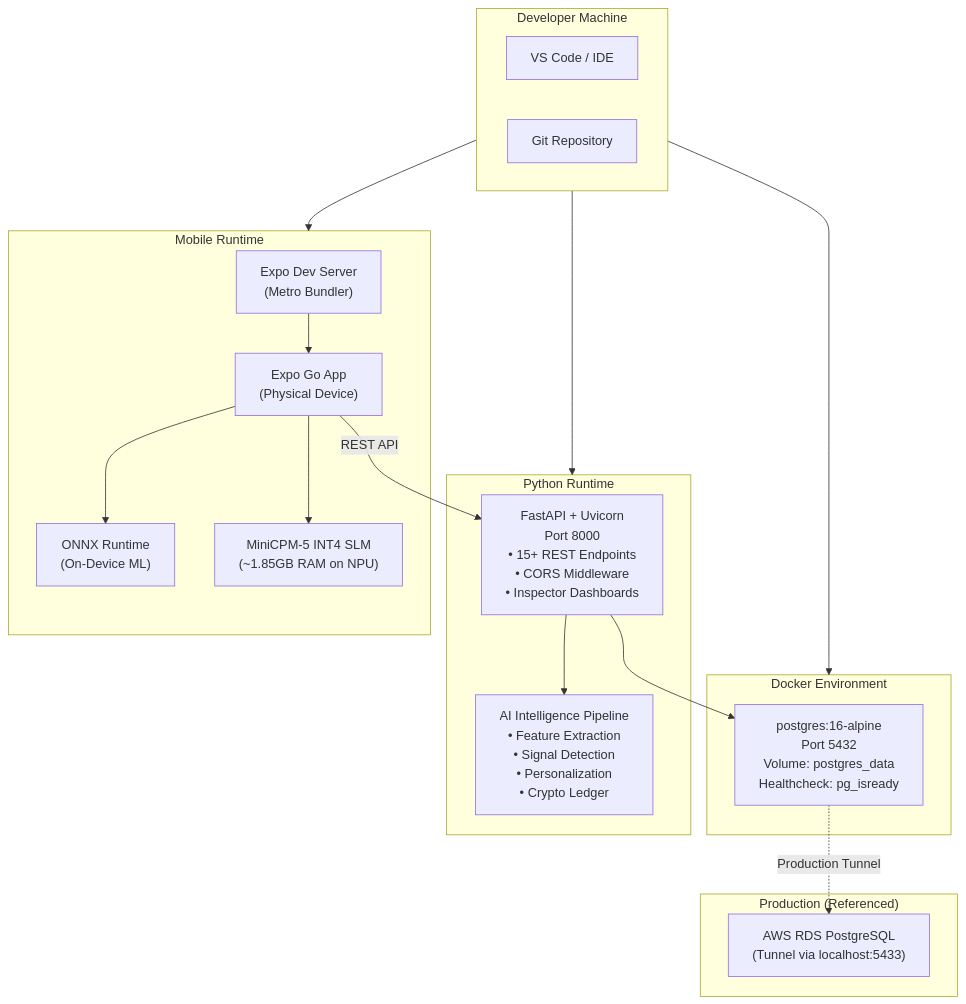
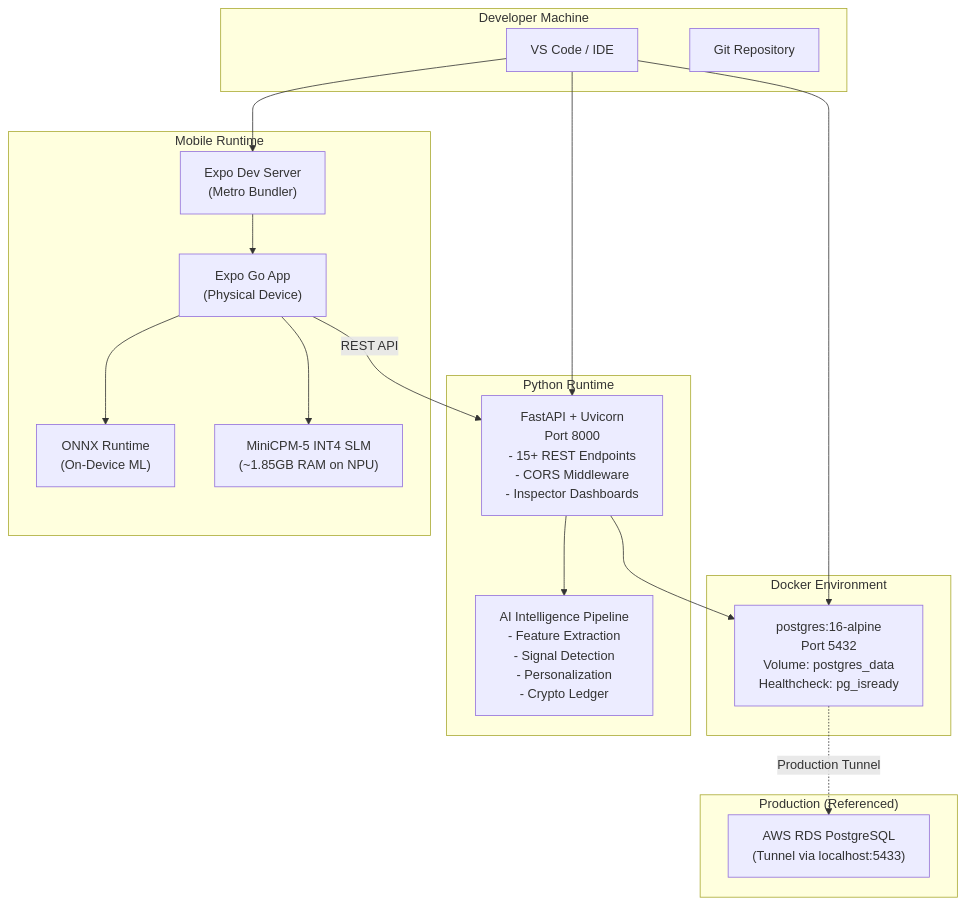
Before and after one commit to Neutron-0/ABC-Bank: the fourth of 41 diagrams in README.md, drawn with Mermaid. The commit also changed other lines of this file and 33 other files, not shown here.

````diff
--- a/README.md
+++ b/README.md
@@ -453,38 +487,38 @@
 ```mermaid
 flowchart TD
   subgraph DevMachine["Developer Machine"]
     VSCode["VS Code / IDE"]
     Git["Git Repository"]
   end
 
   subgraph DockerEnv["Docker Environment"]
-    PostgresContainer["postgres:16-alpine\n Port 5432\n Volume: postgres_data\n Healthcheck: pg_isready"]
+    PostgresContainer["postgres:16-alpine<br/> Port 5432<br/> Volume: postgres_data<br/> Healthcheck: pg_isready"]
   end
 
   subgraph PythonRuntime["Python Runtime"]
-    FastAPIServer["FastAPI + Uvicorn\nPort 8000\n• 15+ REST Endpoints\n• CORS Middleware\n• Inspector Dashboards"]
-    AIPipeline["AI Intelligence Pipeline\n• Feature Extraction\n• Signal Detection\n• Personalization\n• Crypto Ledger"]
+    FastAPIServer["FastAPI + Uvicorn<br/>Port 8000<br/>- 15+ REST Endpoints<br/>- CORS Middleware<br/>- Inspector Dashboards"]
+    AIPipeline["AI Intelligence Pipeline<br/>- Feature Extraction<br/>- Signal Detection<br/>- Personalization<br/>- Crypto Ledger"]
   end
 
   subgraph MobileRuntime["Mobile Runtime"]
-    ExpoDevServer["Expo Dev Server\n(Metro Bundler)"]
-    ExpoGoApp["Expo Go App\n(Physical Device)"]
-    ONNXRuntime["ONNX Runtime\n(On-Device ML)"]
-    MiniCPMRuntime["MiniCPM-5 INT4 SLM\n(~1.85GB RAM on NPU)"]
+    ExpoDevServer["Expo Dev Server<br/>(Metro Bundler)"]
+    ExpoGoApp["Expo Go App<br/>(Physical Device)"]
+    ONNXRuntime["ONNX Runtime<br/>(On-Device ML)"]
+    MiniCPMRuntime["MiniCPM-5 INT4 SLM<br/>(~1.85GB RAM on NPU)"]
   end
 
   subgraph ProductionHint["Production (Referenced)"]
-    AWSRDS["AWS RDS PostgreSQL\n(Tunnel via localhost:5433)"]
+    AWSRDS["AWS RDS PostgreSQL<br/>(Tunnel via localhost:5433)"]
   end
 
-  DevMachine --> DockerEnv
-  DevMachine --> PythonRuntime
-  DevMachine --> MobileRuntime
+  VSCode --> PostgresContainer
+  VSCode --> FastAPIServer
+  VSCode --> ExpoDevServer
   FastAPIServer --> PostgresContainer
   FastAPIServer --> AIPipeline
   ExpoDevServer --> ExpoGoApp
   ExpoGoApp --> ONNXRuntime
   ExpoGoApp --> MiniCPMRuntime
-  ExpoGoApp -->|"REST API"| FastAPIServer
-  PostgresContainer -.->|"Production Tunnel"| AWSRDS
+  ExpoGoApp -->|REST API| FastAPIServer
+  PostgresContainer -.->|Production Tunnel| AWSRDS
 ```
````
